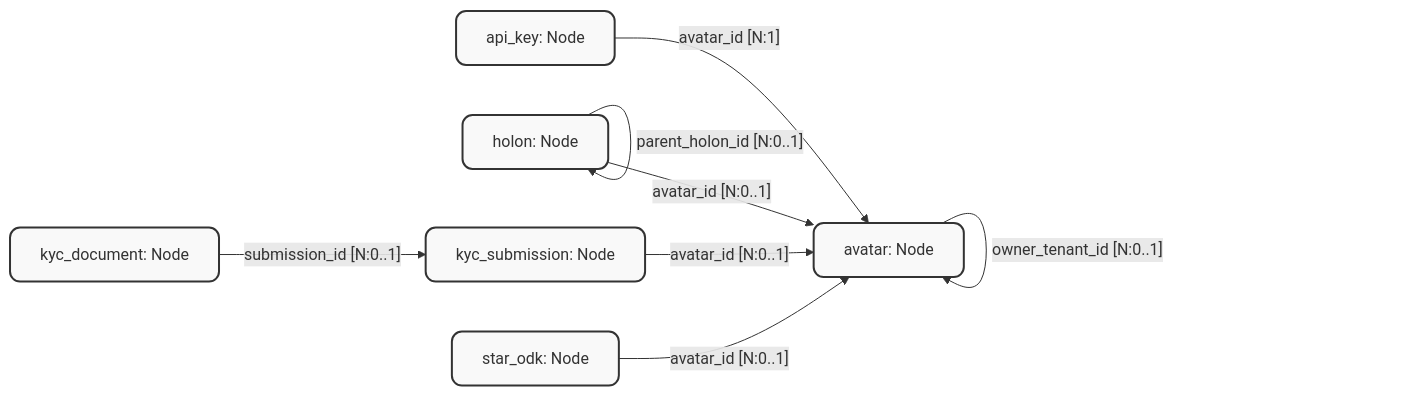
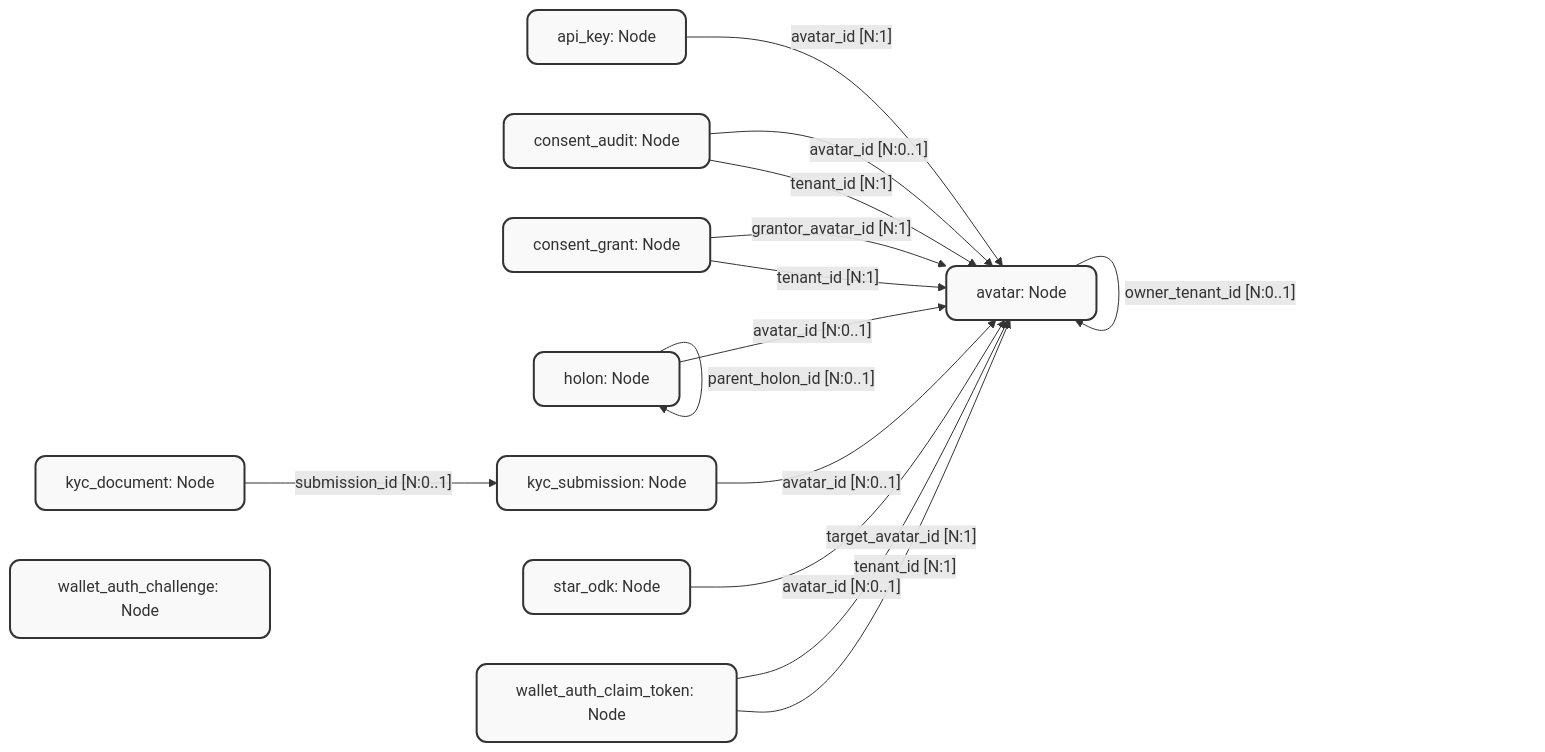
The diagram in Persistence/SurrealDb/Generated/Flowcharts/identity.flowchart.mermaid (JadeZaher/azoa-autonomous-zones-of-action), drawn with Mermaid before and after one commit. The commit also changed 1156 other files, not shown here.

```diff
--- a/Persistence/SurrealDb/Generated/Flowcharts/identity.flowchart.mermaid
+++ b/Persistence/SurrealDb/Generated/Flowcharts/identity.flowchart.mermaid
@@ -1,23 +1,33 @@
 graph LR
     %% Slice: identity
     %% GENERATED FILE -- do not edit. Source: SurrealDB schema attribute scan.
-    %% Regenerate with: dotnet run --project packages/Oasis.SurrealDb.Schema -- flowcharts
+    %% Regenerate with: dotnet run --project packages/Azoa.SurrealDb.Schema -- flowcharts
 
     %% Nodes in this slice
     api_key["api_key: Node"]:::nodeClass
     avatar["avatar: Node"]:::nodeClass
+    consent_audit["consent_audit: Node"]:::nodeClass
+    consent_grant["consent_grant: Node"]:::nodeClass
     holon["holon: Node"]:::nodeClass
     kyc_document["kyc_document: Node"]:::nodeClass
     kyc_submission["kyc_submission: Node"]:::nodeClass
     star_odk["star_odk: Node"]:::nodeClass
+    wallet_auth_challenge["wallet_auth_challenge: Node"]:::nodeClass
+    wallet_auth_claim_token["wallet_auth_claim_token: Node"]:::nodeClass
 
     %% Edges (outbound from this slice)
     api_key -- "avatar_id [N:1]" --> avatar
     avatar -- "owner_tenant_id [N:0..1]" --> avatar
+    consent_audit -- "avatar_id [N:0..1]" --> avatar
+    consent_audit -- "tenant_id [N:1]" --> avatar
+    consent_grant -- "grantor_avatar_id [N:1]" --> avatar
+    consent_grant -- "tenant_id [N:1]" --> avatar
     holon -- "avatar_id [N:0..1]" --> avatar
     holon -- "parent_holon_id [N:0..1]" --> holon
     kyc_document -- "submission_id [N:0..1]" --> kyc_submission
     kyc_submission -- "avatar_id [N:0..1]" --> avatar
     star_odk -- "avatar_id [N:0..1]" --> avatar
+    wallet_auth_claim_token -- "target_avatar_id [N:1]" --> avatar
+    wallet_auth_claim_token -- "tenant_id [N:1]" --> avatar
 
     classDef nodeClass fill:#f9f9f9,stroke:#333,stroke-width:2px,rx:10px,ry:10px;
```
